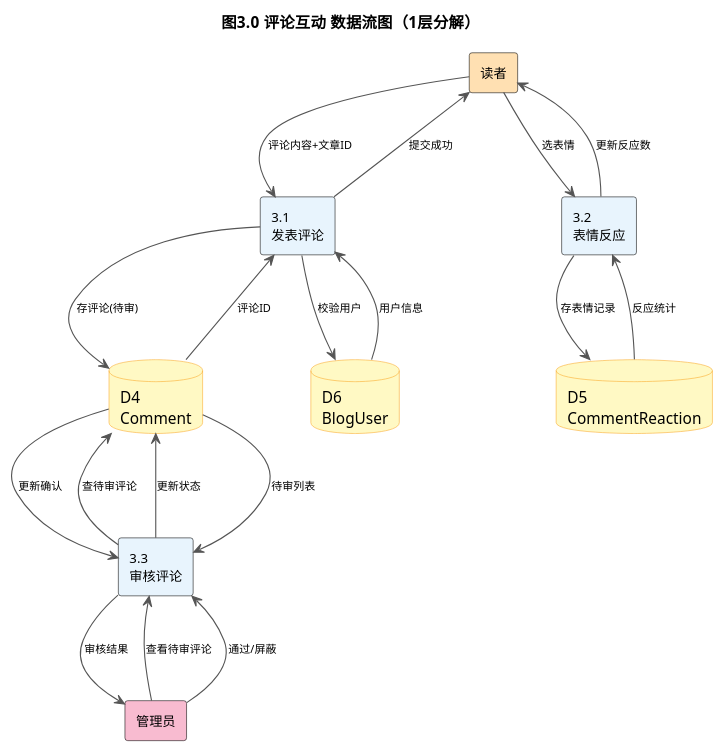
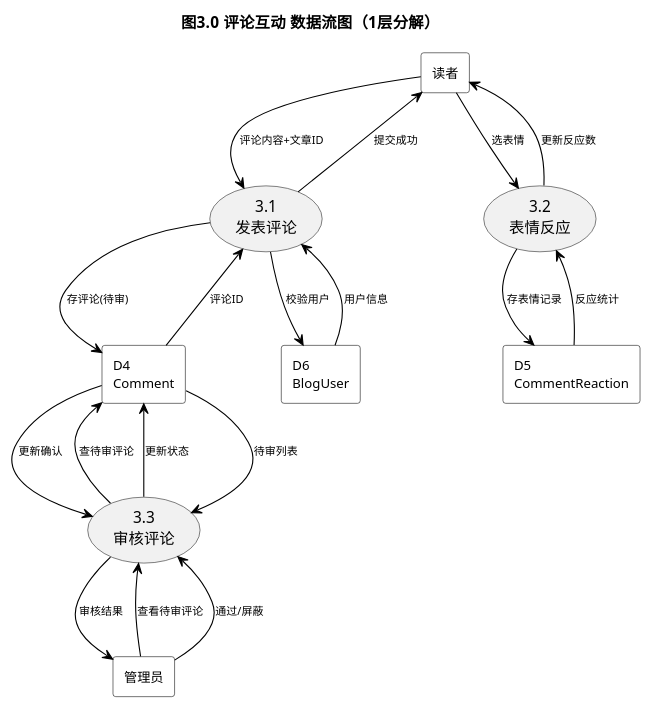
One commit to xiongyuanhao0525-bot/Class3-Group4 changed the fourth of 5 diagrams in doc/素材/纪秀茹/blog数据流图.puml. Above: the diagram before and after it, drawn with PlantUML. The commit also changed other lines of this file and 5 other files, not shown here.

Commit message:
纪秀茹：优化blog数据流图，调整样式

```diff
--- a/doc/素材/纪秀茹/blog数据流图.puml
+++ b/doc/素材/纪秀茹/blog数据流图.puml
@@ -142,48 +125,44 @@
 @startuml DFD-3评论互动
 skinparam defaultFontName "Microsoft YaHei"
-skinparam nodesep 60
-skinparam ranksep 80
+skinparam nodesep 50
+skinparam ranksep 70
 skinparam rectangle {
-  BackgroundColor #FEFEFE
+  BackgroundColor white
   BorderColor black
   FontSize 12
 }
-skinparam database {
-  BackgroundColor #FFF9C4
-  BorderColor #F9A825
-}
 skinparam ArrowFontSize 10
-skinparam ArrowColor #555555
+skinparam ArrowColor black
 title 图3.0  评论互动 数据流图（1层分解）
 
-rectangle "读者" as E1 #FFE0B2
-rectangle "管理员" as E3 #F8BBD0
+rectangle "读者" as E1
+rectangle "管理员" as E3
 
-rectangle "3.1\n发表评论" as P31 #E8F4FD
-rectangle "3.2\n表情反应" as P32 #E8F4FD
-rectangle "3.3\n审核评论" as P33 #E8F4FD
+usecase "3.1\n发表评论" as P31
+usecase "3.2\n表情反应" as P32
+usecase "3.3\n审核评论" as P33
 
-database "D4\nComment" as D4 #FFF9C4
-database "D5\nCommentReaction" as D5 #FFF9C4
-database "D6\nBlogUser" as D6 #FFF9C4
+rectangle "D4\nComment" as D4
+rectangle "D5\nCommentReaction" as D5
+rectangle "D6\nBlogUser" as D6
 
 E1 --> P31 : 评论内容+文章ID
 P31 --> D6 : 校验用户
 D6 --> P31 : 用户信息
 P31 --> D4 : 存评论(待审)
 D4 --> P31 : 评论ID
 P31 --> E1 : 提交成功
 
 E1 --> P32 : 选表情
 P32 --> D5 : 存表情记录
 D5 --> P32 : 反应统计
 P32 --> E1 : 更新反应数
 
 E3 --> P33 : 查看待审评论
 P33 --> D4 : 查待审评论
 D4 --> P33 : 待审列表
 E3 --> P33 : 通过/屏蔽
 P33 --> D4 : 更新状态
 D4 --> P33 : 更新确认
 P33 --> E3 : 审核结果
 @enduml
```
